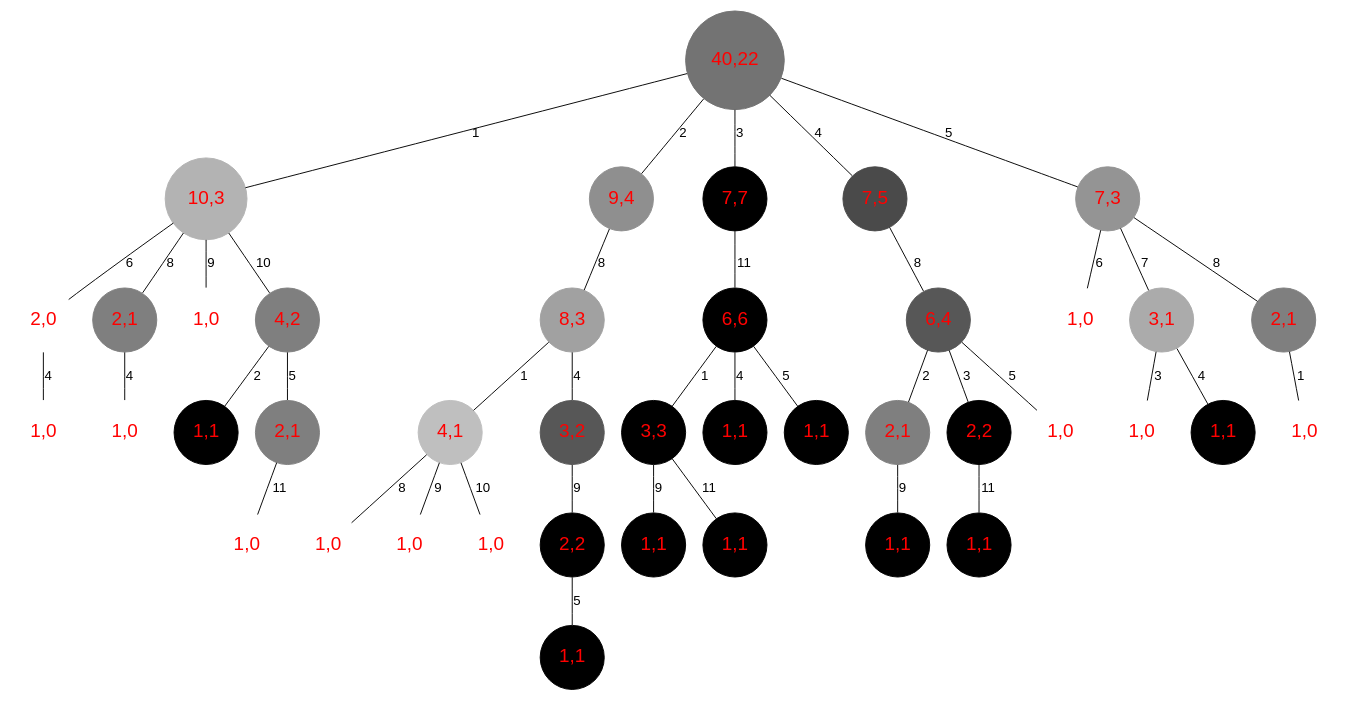
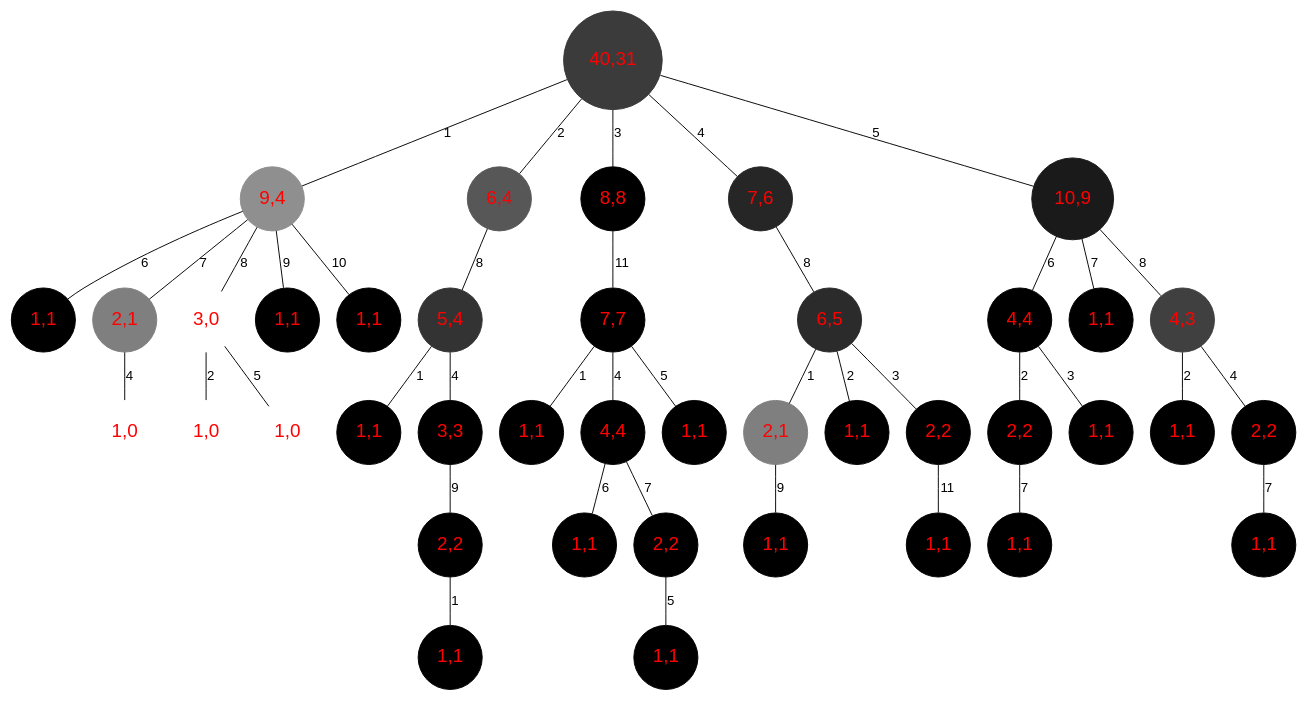
One commit to n-llx/An-AI-for-Awale changed the diagram in code/arbre.dot. Above: the diagram before and after it, drawn with Graphviz. The commit also changed 21 other files, not shown here.

```diff
--- a/code/arbre.dot
+++ b/code/arbre.dot
@@ -1,85 +1,85 @@
 graph arbre {
  node [shape=circle,style=filled,fontname="Helvetica",fontsize=20];
 edge [fontname="Helvetica"]
-;0 [label="40,22",fontcolor=red, color=grey45];
-1 [label="10,3",fontcolor=red, color=grey70];
-2 [label="2,0",fontcolor=red, color=grey100];
-3 [label="1,0",fontcolor=red, color=grey100];
-2 -- 3 [label="4"];
+;0 [label="40,31",fontcolor=red, color=grey23];
+1 [label="9,4",fontcolor=red, color=grey56];
+2 [label="1,1",fontcolor=red, color=grey0];
 1 -- 2 [label="6"];
-4 [label="2,1",fontcolor=red, color=grey50];
-5 [label="1,0",fontcolor=red, color=grey100];
-4 -- 5 [label="4"];
-1 -- 4 [label="8"];
+3 [label="2,1",fontcolor=red, color=grey50];
+4 [label="1,0",fontcolor=red, color=grey100];
+3 -- 4 [label="4"];
+1 -- 3 [label="7"];
+5 [label="3,0",fontcolor=red, color=grey100];
 6 [label="1,0",fontcolor=red, color=grey100];
-1 -- 6 [label="9"];
-7 [label="4,2",fontcolor=red, color=grey50];
+5 -- 6 [label="2"];
+7 [label="1,0",fontcolor=red, color=grey100];
+5 -- 7 [label="5"];
+1 -- 5 [label="8"];
 8 [label="1,1",fontcolor=red, color=grey0];
-7 -- 8 [label="2"];
-9 [label="2,1",fontcolor=red, color=grey50];
-10 [label="1,0",fontcolor=red, color=grey100];
-9 -- 10 [label="11"];
-7 -- 9 [label="5"];
-1 -- 7 [label="10"];
+1 -- 8 [label="9"];
+9 [label="1,1",fontcolor=red, color=grey0];
+1 -- 9 [label="10"];
 0 -- 1 [label="1"];
-11 [label="9,4",fontcolor=red, color=grey56];
-12 [label="8,3",fontcolor=red, color=grey63];
-13 [label="4,1",fontcolor=red, color=grey75];
-14 [label="1,0",fontcolor=red, color=grey100];
-13 -- 14 [label="8"];
-15 [label="1,0",fontcolor=red, color=grey100];
-13 -- 15 [label="9"];
-16 [label="1,0",fontcolor=red, color=grey100];
-13 -- 16 [label="10"];
-12 -- 13 [label="1"];
-17 [label="3,2",fontcolor=red, color=grey34];
-18 [label="2,2",fontcolor=red, color=grey0];
-19 [label="1,1",fontcolor=red, color=grey0];
-18 -- 19 [label="5"];
-17 -- 18 [label="9"];
-12 -- 17 [label="4"];
-11 -- 12 [label="8"];
-0 -- 11 [label="2"];
-20 [label="7,7",fontcolor=red, color=grey0];
-21 [label="6,6",fontcolor=red, color=grey0];
-22 [label="3,3",fontcolor=red, color=grey0];
+10 [label="6,4",fontcolor=red, color=grey34];
+11 [label="5,4",fontcolor=red, color=grey20];
+12 [label="1,1",fontcolor=red, color=grey0];
+11 -- 12 [label="1"];
+13 [label="3,3",fontcolor=red, color=grey0];
+14 [label="2,2",fontcolor=red, color=grey0];
+15 [label="1,1",fontcolor=red, color=grey0];
+14 -- 15 [label="1"];
+13 -- 14 [label="9"];
+11 -- 13 [label="4"];
+10 -- 11 [label="8"];
+0 -- 10 [label="2"];
+16 [label="8,8",fontcolor=red, color=grey0];
+17 [label="7,7",fontcolor=red, color=grey0];
+18 [label="1,1",fontcolor=red, color=grey0];
+17 -- 18 [label="1"];
+19 [label="4,4",fontcolor=red, color=grey0];
+20 [label="1,1",fontcolor=red, color=grey0];
+19 -- 20 [label="6"];
+21 [label="2,2",fontcolor=red, color=grey0];
+22 [label="1,1",fontcolor=red, color=grey0];
+21 -- 22 [label="5"];
+19 -- 21 [label="7"];
+17 -- 19 [label="4"];
 23 [label="1,1",fontcolor=red, color=grey0];
-22 -- 23 [label="9"];
-24 [label="1,1",fontcolor=red, color=grey0];
-22 -- 24 [label="11"];
-21 -- 22 [label="1"];
-25 [label="1,1",fontcolor=red, color=grey0];
-21 -- 25 [label="4"];
-26 [label="1,1",fontcolor=red, color=grey0];
-21 -- 26 [label="5"];
-20 -- 21 [label="11"];
-0 -- 20 [label="3"];
-27 [label="7,5",fontcolor=red, color=grey29];
-28 [label="6,4",fontcolor=red, color=grey34];
-29 [label="2,1",fontcolor=red, color=grey50];
+17 -- 23 [label="5"];
+16 -- 17 [label="11"];
+0 -- 16 [label="3"];
+24 [label="7,6",fontcolor=red, color=grey15];
+25 [label="6,5",fontcolor=red, color=grey17];
+26 [label="2,1",fontcolor=red, color=grey50];
+27 [label="1,1",fontcolor=red, color=grey0];
+26 -- 27 [label="9"];
+25 -- 26 [label="1"];
+28 [label="1,1",fontcolor=red, color=grey0];
+25 -- 28 [label="2"];
+29 [label="2,2",fontcolor=red, color=grey0];
 30 [label="1,1",fontcolor=red, color=grey0];
-29 -- 30 [label="9"];
-28 -- 29 [label="2"];
-31 [label="2,2",fontcolor=red, color=grey0];
-32 [label="1,1",fontcolor=red, color=grey0];
-31 -- 32 [label="11"];
-28 -- 31 [label="3"];
-33 [label="1,0",fontcolor=red, color=grey100];
-28 -- 33 [label="5"];
-27 -- 28 [label="8"];
-0 -- 27 [label="4"];
-34 [label="7,3",fontcolor=red, color=grey58];
-35 [label="1,0",fontcolor=red, color=grey100];
-34 -- 35 [label="6"];
-36 [label="3,1",fontcolor=red, color=grey67];
-37 [label="1,0",fontcolor=red, color=grey100];
-36 -- 37 [label="3"];
+29 -- 30 [label="11"];
+25 -- 29 [label="3"];
+24 -- 25 [label="8"];
+0 -- 24 [label="4"];
+31 [label="10,9",fontcolor=red, color=grey10];
+32 [label="4,4",fontcolor=red, color=grey0];
+33 [label="2,2",fontcolor=red, color=grey0];
+34 [label="1,1",fontcolor=red, color=grey0];
+33 -- 34 [label="7"];
+32 -- 33 [label="2"];
+35 [label="1,1",fontcolor=red, color=grey0];
+32 -- 35 [label="3"];
+31 -- 32 [label="6"];
+36 [label="1,1",fontcolor=red, color=grey0];
+31 -- 36 [label="7"];
+37 [label="4,3",fontcolor=red, color=grey25];
 38 [label="1,1",fontcolor=red, color=grey0];
-36 -- 38 [label="4"];
-34 -- 36 [label="7"];
-39 [label="2,1",fontcolor=red, color=grey50];
-40 [label="1,0",fontcolor=red, color=grey100];
-39 -- 40 [label="1"];
-34 -- 39 [label="8"];
-0 -- 34 [label="5"];
+37 -- 38 [label="2"];
+39 [label="2,2",fontcolor=red, color=grey0];
+40 [label="1,1",fontcolor=red, color=grey0];
+39 -- 40 [label="7"];
+37 -- 39 [label="4"];
+31 -- 37 [label="8"];
+0 -- 31 [label="5"];
 }
```
